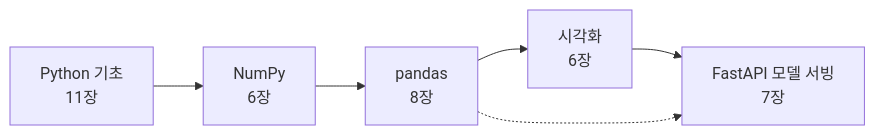
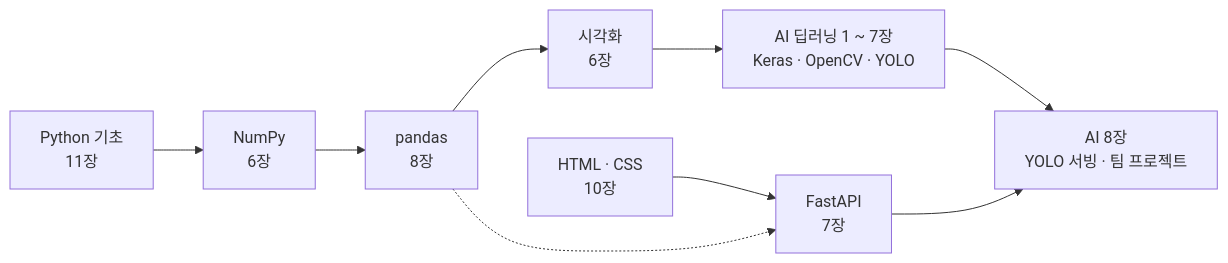
One commit to sinaboro/ai-service-course changed the diagram in README.md. Above: the diagram before and after it, drawn with Mermaid. The commit also changed other lines of this file and 318 other files, not shown here.

First line of the commit message:
HTML·CSS 10장(시맨틱 화면 구도 중심), AI 딥러닝 8장(Keras·OpenCV·YOLO) 추가

````diff
--- a/README.md
+++ b/README.md
@@ -19,5 +21,8 @@
 ```mermaid
 flowchart LR
-  P["Python 기초<br/>11장"] --> N["NumPy<br/>6장"] --> D["pandas<br/>8장"] --> V["시각화<br/>6장"] --> F["FastAPI 모델 서빙<br/>7장"]
+  P["Python 기초<br/>11장"] --> N["NumPy<br/>6장"] --> D["pandas<br/>8장"] --> V["시각화<br/>6장"] --> A["AI 딥러닝 1 ~ 7장<br/>Keras · OpenCV · YOLO"]
+  H["HTML · CSS<br/>10장"] --> F["FastAPI<br/>7장"]
+  A --> X["AI 8장<br/>YOLO 서빙 · 팀 프로젝트"]
+  F --> X
   D -.-> F
 ```
````
